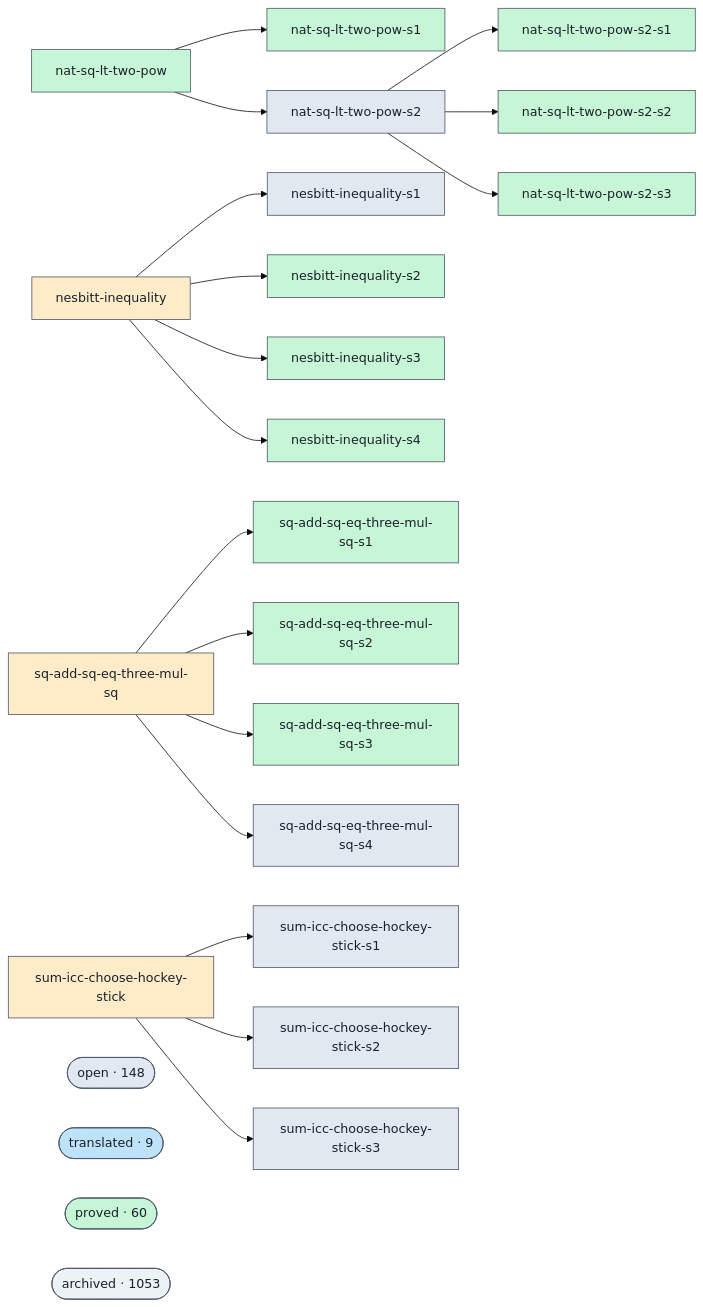
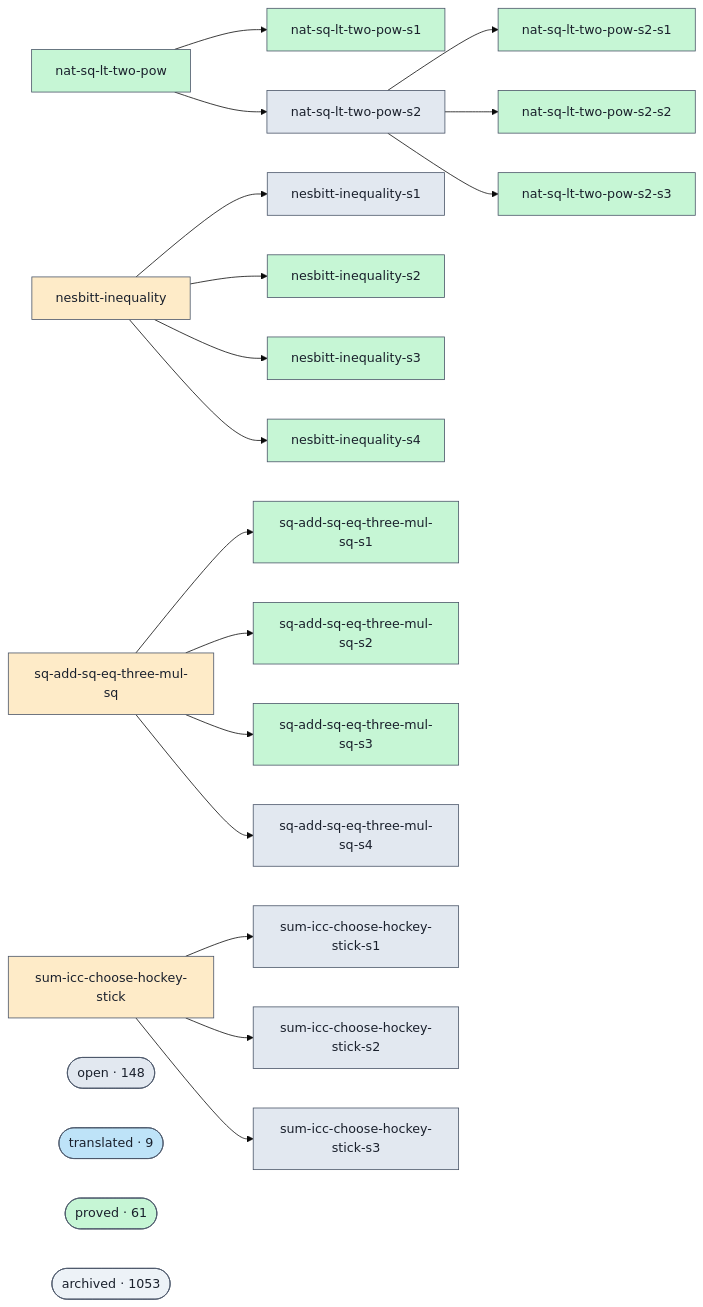
Before and after one commit to ohdearquant/unsorry: the diagram in docs/proofs-contributors-visualisation.md, drawn with Mermaid (base theme). The commit also changed other lines of this file and 2 other files, not shown here.

```diff
--- a/docs/proofs-contributors-visualisation.md
+++ b/docs/proofs-contributors-visualisation.md
@@ -102,7 +102,7 @@
   class cluster_open open;
   cluster_translated(["translated · 9"])
   class cluster_translated translated;
-  cluster_proved(["proved · 60"])
+  cluster_proved(["proved · 61"])
   class cluster_proved proved;
   cluster_archived(["archived · 1053"])
   class cluster_archived unknown;
```
